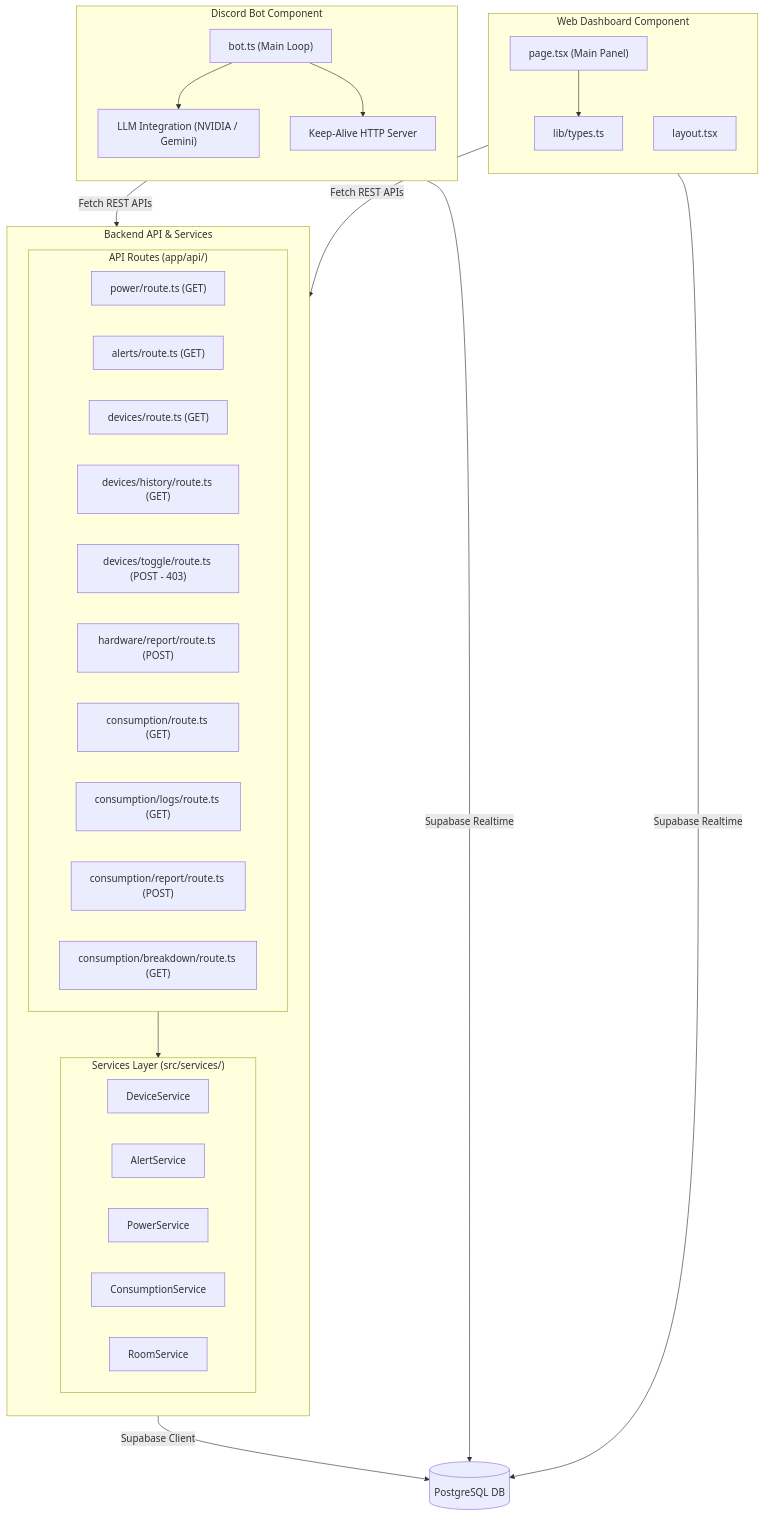
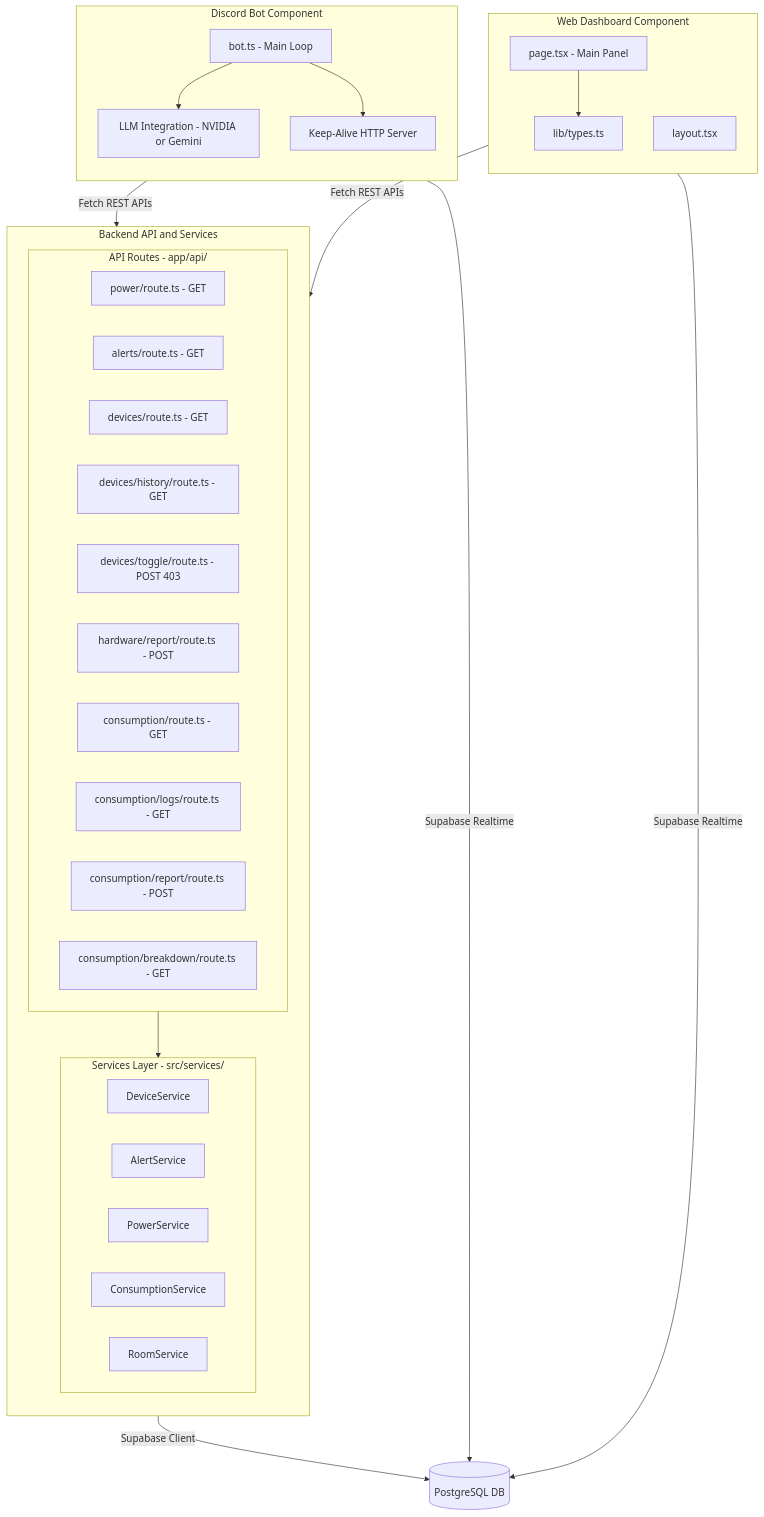
The third of 6 diagrams in README.md (AtlasRoX/Techathon-Preli), drawn with Mermaid before and after one commit. The commit also changed other lines of this file, not shown here.

Commit message:
docs: fix mermaid diagrams syntax for markdown compatibility

````diff
--- a/README.md
+++ b/README.md
@@ -147,53 +147,53 @@
 ```mermaid
 flowchart TD
-    subgraph BackendComponent ["Backend API & Services"]
+    subgraph BackendComponent ["Backend API and Services"]
         direction TB
-        subgraph API_Routes ["API Routes (app/api/)"]
-            R_Power["power/route.ts (GET)"]
-            R_Alerts["alerts/route.ts (GET)"]
-            R_Devices["devices/route.ts (GET)"]
-            R_History["devices/history/route.ts (GET)"]
-            R_Toggle["devices/toggle/route.ts (POST - 403)"]
-            R_Report["hardware/report/route.ts (POST)"]
-            R_Cons["consumption/route.ts (GET)"]
-            R_ConsLog["consumption/logs/route.ts (GET)"]
-            R_ConsRep["consumption/report/route.ts (POST)"]
-            R_ConsBreak["consumption/breakdown/route.ts (GET)"]
+        subgraph API_Routes ["API Routes - app/api/"]
+            R_Power["power/route.ts - GET"]
+            R_Alerts["alerts/route.ts - GET"]
+            R_Devices["devices/route.ts - GET"]
+            R_History["devices/history/route.ts - GET"]
+            R_Toggle["devices/toggle/route.ts - POST 403"]
+            R_Report["hardware/report/route.ts - POST"]
+            R_Cons["consumption/route.ts - GET"]
+            R_ConsLog["consumption/logs/route.ts - GET"]
+            R_ConsRep["consumption/report/route.ts - POST"]
+            R_ConsBreak["consumption/breakdown/route.ts - GET"]
         end
 
-        subgraph Services ["Services Layer (src/services/)"]
+        subgraph Services ["Services Layer - src/services/"]
             S_Device["DeviceService"]
             S_Alert["AlertService"]
             S_Power["PowerService"]
             S_Cons["ConsumptionService"]
             S_Room["RoomService"]
         end
 
         API_Routes --> Services
     end
 
     subgraph BotComponent ["Discord Bot Component"]
         direction TB
-        Bot_Main["bot.ts (Main Loop)"]
-        Bot_LLM["LLM Integration (NVIDIA / Gemini)"]
+        Bot_Main["bot.ts - Main Loop"]
+        Bot_LLM["LLM Integration - NVIDIA or Gemini"]
         Bot_Http["Keep-Alive HTTP Server"]
 
         Bot_Main --> Bot_LLM
         Bot_Main --> Bot_Http
     end
 
     subgraph WebComponent ["Web Dashboard Component"]
         direction TB
-        Page_Main["page.tsx (Main Panel)"]
+        Page_Main["page.tsx - Main Panel"]
         Page_Layout["layout.tsx"]
         Lib_Types["lib/types.ts"]
 
         Page_Main --> Lib_Types
     end
 
-    BackendComponent -->|Supabase Client| DB_Sub[("PostgreSQL DB")]
+    BackendComponent -->|Supabase Client| DB_Sub[(PostgreSQL DB)]
     BotComponent -->|Fetch REST APIs| BackendComponent
     BotComponent -->|Supabase Realtime| DB_Sub
     WebComponent -->|Fetch REST APIs| BackendComponent
     WebComponent -->|Supabase Realtime| DB_Sub
 ```
````
